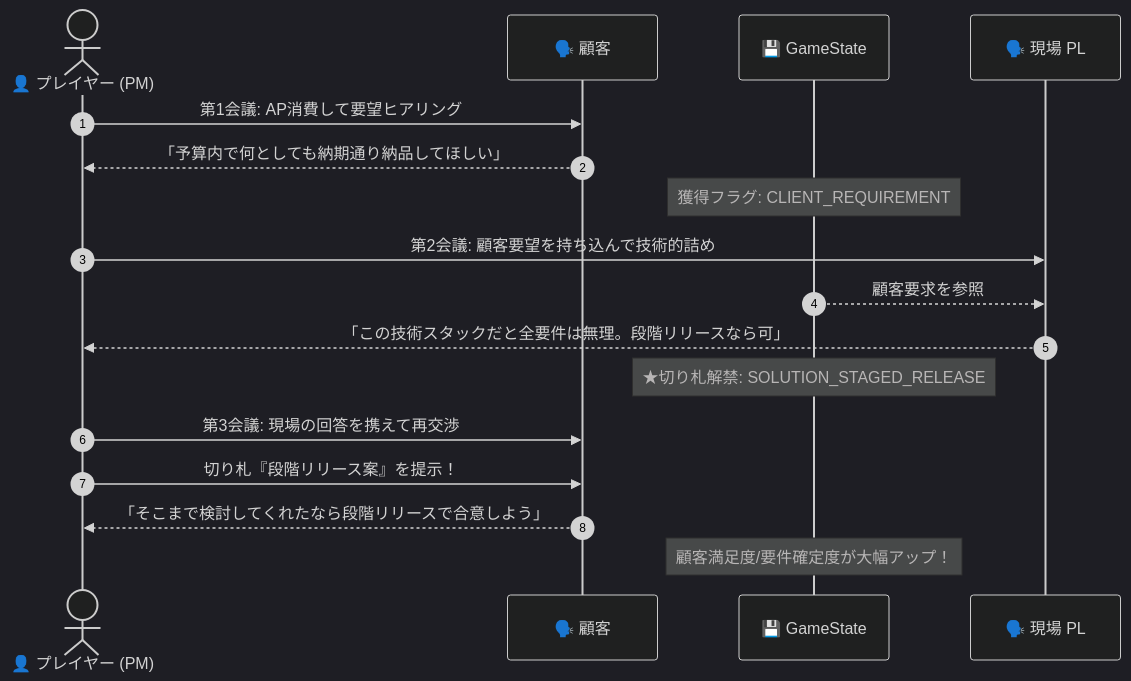
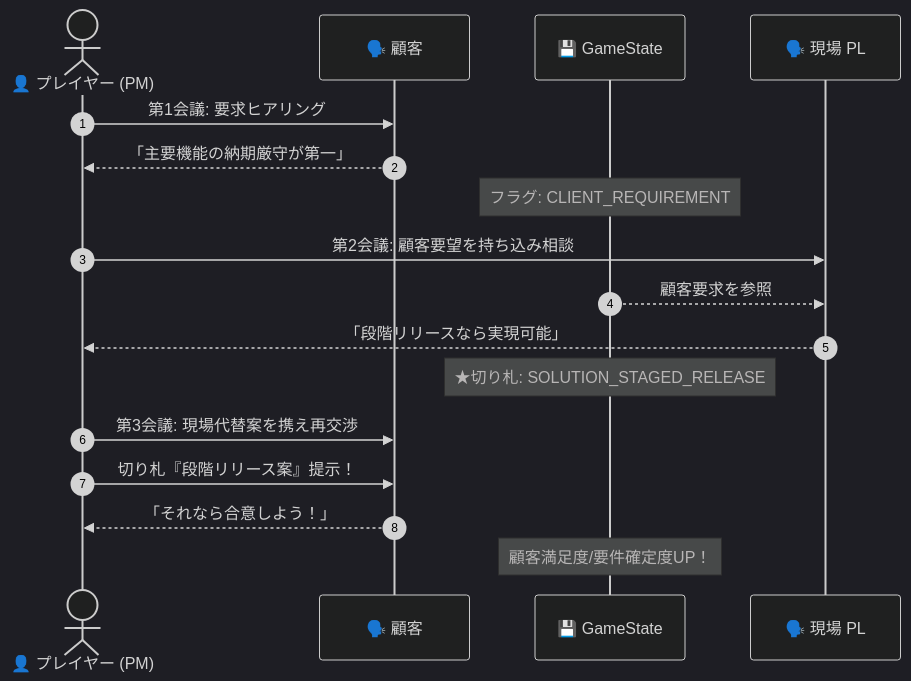
The second of 3 diagrams in docs/spec/phase1_kickoff.md (asabon/pm-simulator), drawn with Mermaid (dark theme) before and after one commit. The commit also changed other lines of this file, not shown here.

Commit message:
docs: Mermaid図のノードラベルをテキスト文字切れ防止のため簡潔化

````diff
--- a/docs/spec/phase1_kickoff.md
+++ b/docs/spec/phase1_kickoff.md
@@ -49,22 +49,22 @@
 ```mermaid
 sequenceDiagram
     autonumber
     actor PM as 👤 プレイヤー (PM)
     participant Client as 🗣️ 顧客
     participant State as 💾 GameState
     participant PL as 🗣️ 現場 PL
 
-    PM->>Client: 第1会議: AP消費して要望ヒアリング
-    Client-->>PM: 「予算内で何としても納期通り納品してほしい」
-    Note over State: 獲得フラグ: CLIENT_REQUIREMENT
+    PM->>Client: 第1会議: 要求ヒアリング
+    Client-->>PM: 「主要機能の納期厳守が第一」
+    Note over State: フラグ: CLIENT_REQUIREMENT
 
-    PM->>PL: 第2会議: 顧客要望を持ち込んで技術的詰め
+    PM->>PL: 第2会議: 顧客要望を持ち込み相談
     State-->>PL: 顧客要求を参照
-    PL-->>PM: 「この技術スタックだと全要件は無理。段階リリースなら可」
-    Note over State: ★切り札解禁: SOLUTION_STAGED_RELEASE
+    PL-->>PM: 「段階リリースなら実現可能」
+    Note over State: ★切り札: SOLUTION_STAGED_RELEASE
 
-    PM->>Client: 第3会議: 現場の回答を携えて再交渉
-    PM->>Client: 切り札『段階リリース案』を提示！
-    Client-->>PM: 「そこまで検討してくれたなら段階リリースで合意しよう」
-    Note over State: 顧客満足度/要件確定度が大幅アップ！
+    PM->>Client: 第3会議: 現場代替案を携え再交渉
+    PM->>Client: 切り札『段階リリース案』提示！
+    Client-->>PM: 「それなら合意しよう！」
+    Note over State: 顧客満足度/要件確定度UP！
 ```
````
